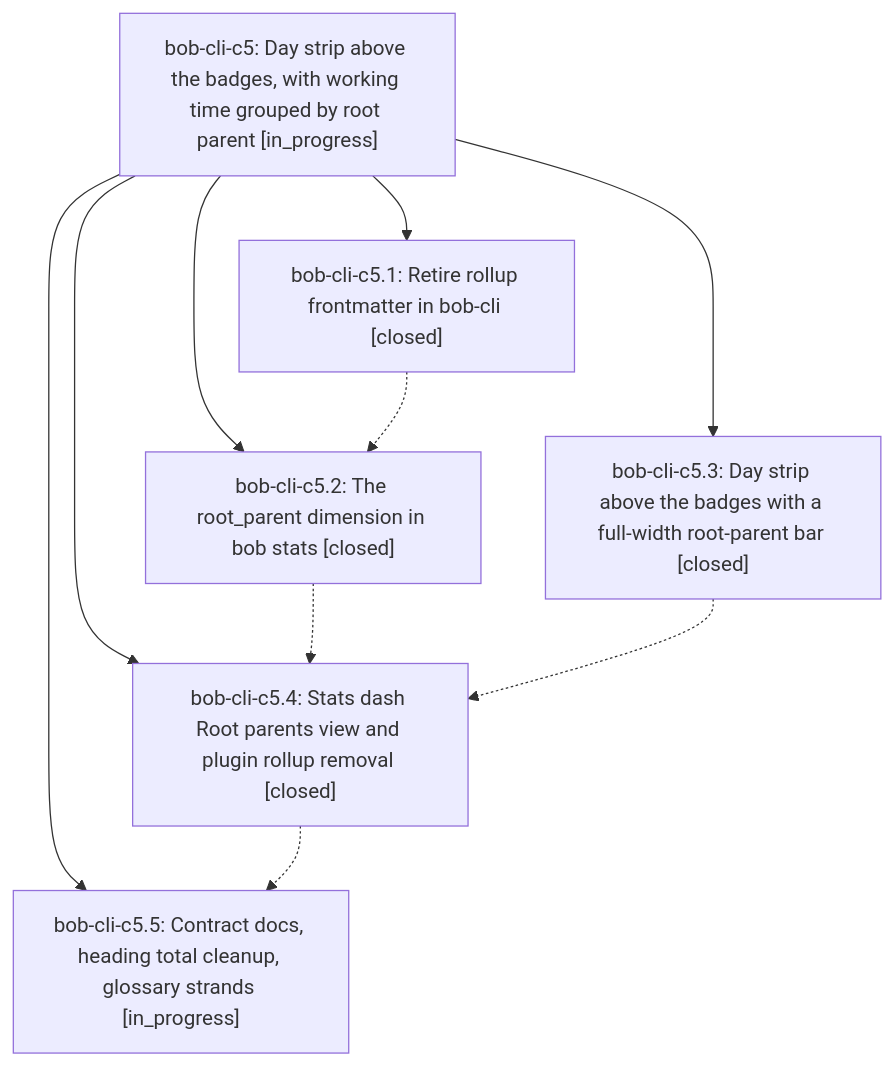
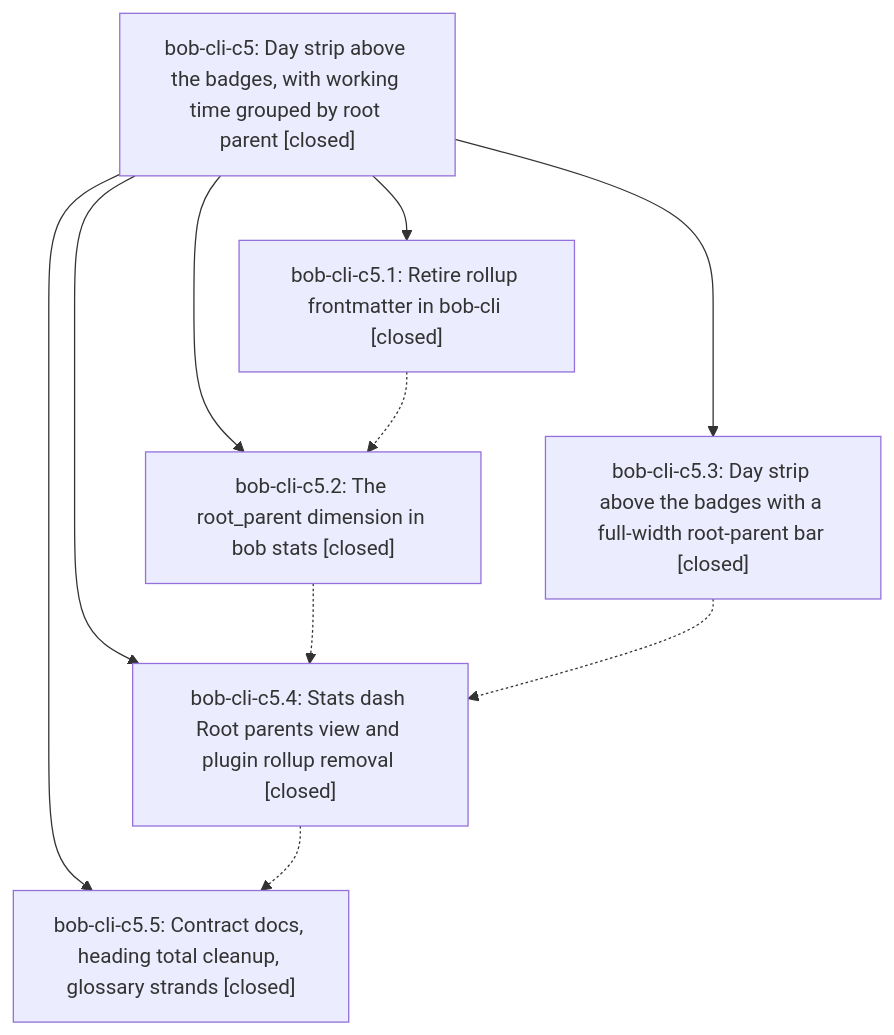
Before and after one commit to bobs-org/bob-cli--beads: the diagram in pages/bob-cli-c5/README.md, drawn with Mermaid. The commit also changed other lines of this file and 2 other files, not shown here.

First line of the commit message:
chore(beads): sync bead state and pages for bob-cli-c5

````diff
--- a/pages/bob-cli-c5/README.md
+++ b/pages/bob-cli-c5/README.md
@@ -50,18 +58,18 @@
 ```mermaid
 flowchart TD
-    n0["bob-cli-c5: Day strip above the badges, with working time grouped by root parent [in_progress]"]
+    n0["bob-cli-c5: Day strip above the badges, with working time grouped by root parent [closed]"]
     n1["bob-cli-c5.1: Retire rollup frontmatter in bob-cli [closed]"]
     n2["bob-cli-c5.2: The root_parent dimension in bob stats [closed]"]
     n3["bob-cli-c5.3: Day strip above the badges with a full-width root-parent bar [closed]"]
     n4["bob-cli-c5.4: Stats dash Root parents view and plugin rollup removal [closed]"]
-    n5["bob-cli-c5.5: Contract docs, heading total cleanup, glossary strands [in_progress]"]
+    n5["bob-cli-c5.5: Contract docs, heading total cleanup, glossary strands [closed]"]
     n0 --> n1
     n0 --> n2
     n0 --> n3
     n0 --> n4
     n0 --> n5
     n1 -.-> n2
     n2 -.-> n4
     n3 -.-> n4
     n4 -.-> n5
 ```
````
